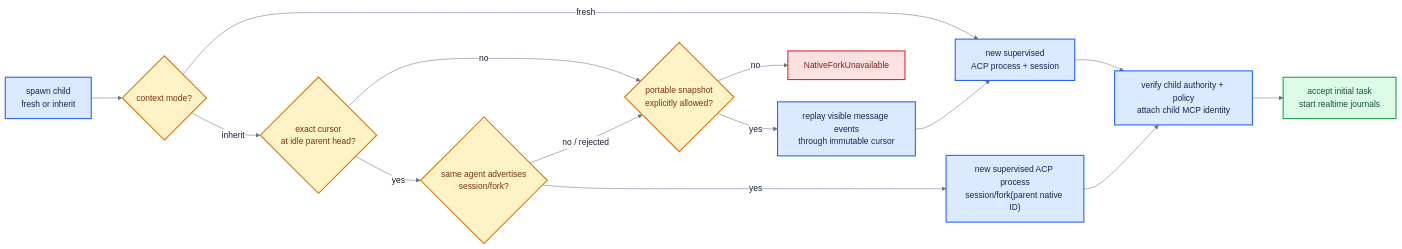
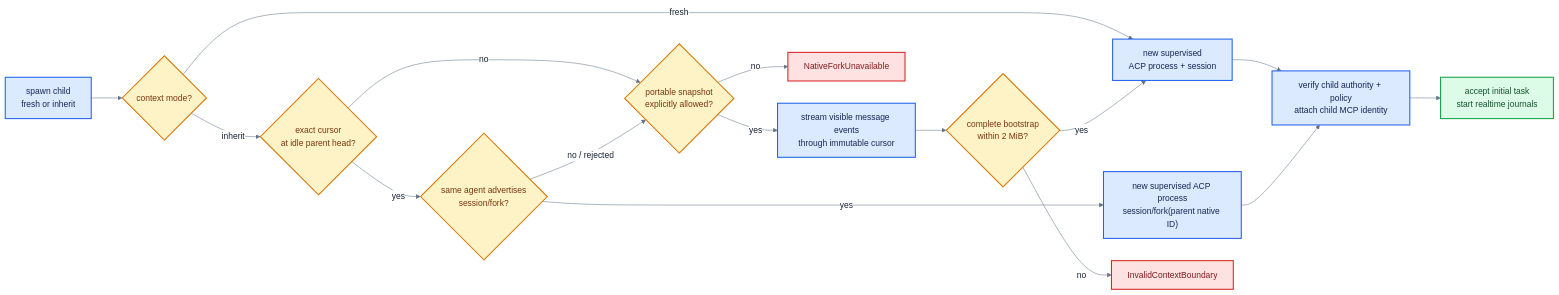
The diagram in v2/docs/sub-agent-context-flow.mmd (fontanierh/crab), drawn with Mermaid before and after one commit. The commit also changed 4 other files, not shown here.

```diff
--- a/v2/docs/sub-agent-context-flow.mmd
+++ b/v2/docs/sub-agent-context-flow.mmd
@@ -1,33 +1,37 @@
 %%{init: {"theme": "base", "themeVariables": {"fontFamily": "ui-sans-serif, system-ui, sans-serif", "primaryTextColor": "#172033", "lineColor": "#64748b", "edgeLabelBackground": "#ffffff"}, "flowchart": {"curve": "basis", "nodeSpacing": 42, "rankSpacing": 58}}}%%
 flowchart LR
     REQUEST["spawn child<br/>fresh or inherit"]
     MODE{"context mode?"}
     FRESH["new supervised<br/>ACP process + session"]
     HEAD{"exact cursor<br/>at idle parent head?"}
     FORK{"same agent advertises<br/>session/fork?"}
     NATIVE["new supervised ACP process<br/>session/fork(parent native ID)"]
     FALLBACK{"portable snapshot<br/>explicitly allowed?"}
-    SNAPSHOT["replay visible message events<br/>through immutable cursor"]
+    SNAPSHOT["stream visible message events<br/>through immutable cursor"]
+    CAP{"complete bootstrap<br/>within 2 MiB?"}
+    OVERSIZE["InvalidContextBoundary"]
     FAIL["NativeForkUnavailable"]
     POLICY["verify child authority + policy<br/>attach child MCP identity"]
     TASK["accept initial task<br/>start realtime journals"]
 
     REQUEST --> MODE
     MODE -->|"fresh"| FRESH --> POLICY
     MODE -->|"inherit"| HEAD
     HEAD -->|"yes"| FORK
     HEAD -->|"no"| FALLBACK
     FORK -->|"yes"| NATIVE --> POLICY
     FORK -->|"no / rejected"| FALLBACK
-    FALLBACK -->|"yes"| SNAPSHOT --> FRESH
+    FALLBACK -->|"yes"| SNAPSHOT --> CAP
+    CAP -->|"yes"| FRESH
+    CAP -->|"no"| OVERSIZE
     FALLBACK -->|"no"| FAIL
     POLICY --> TASK
 
     classDef decision fill:#fef3c7,stroke:#d97706,stroke-width:2px,color:#78350f;
     classDef runtime fill:#dbeafe,stroke:#2563eb,stroke-width:2px,color:#172554;
     classDef success fill:#dcfce7,stroke:#16a34a,stroke-width:2px,color:#14532d;
     classDef failure fill:#fee2e2,stroke:#dc2626,stroke-width:2px,color:#7f1d1d;
-    class MODE,HEAD,FORK,FALLBACK decision;
+    class MODE,HEAD,FORK,FALLBACK,CAP decision;
     class REQUEST,FRESH,NATIVE,SNAPSHOT,POLICY runtime;
     class TASK success;
-    class FAIL failure;
+    class FAIL,OVERSIZE failure;
```
